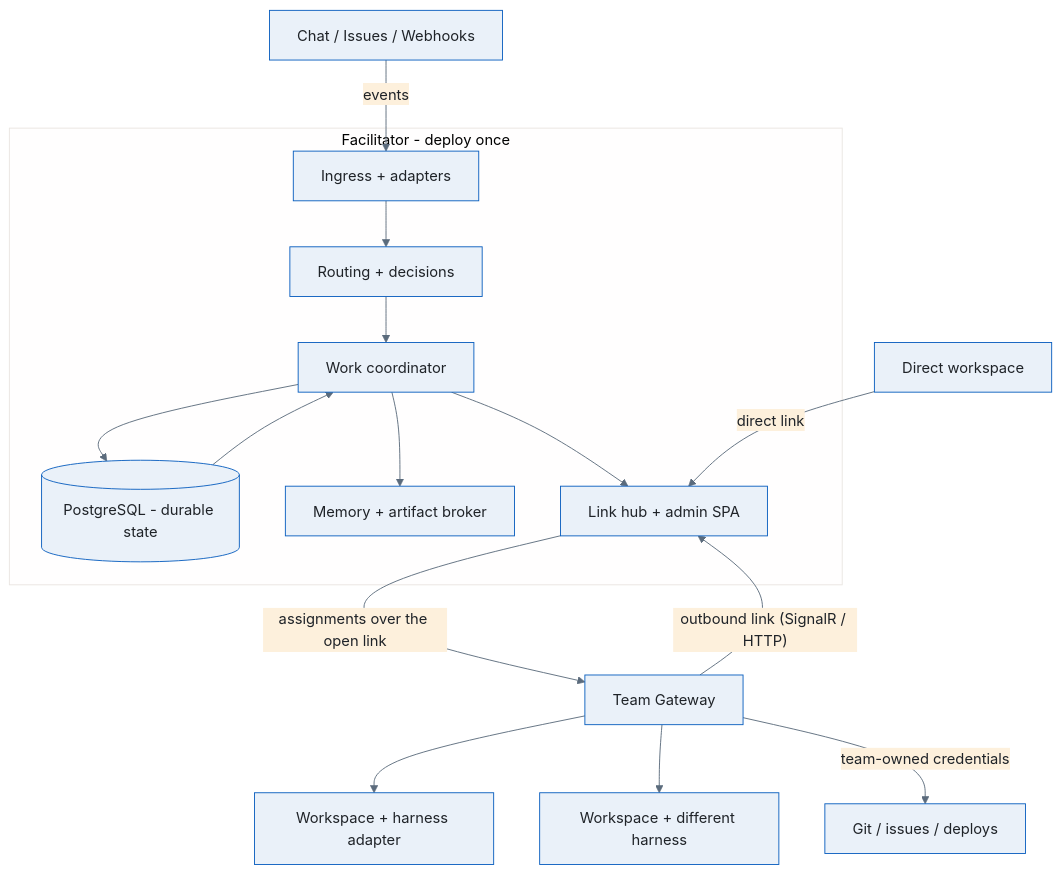
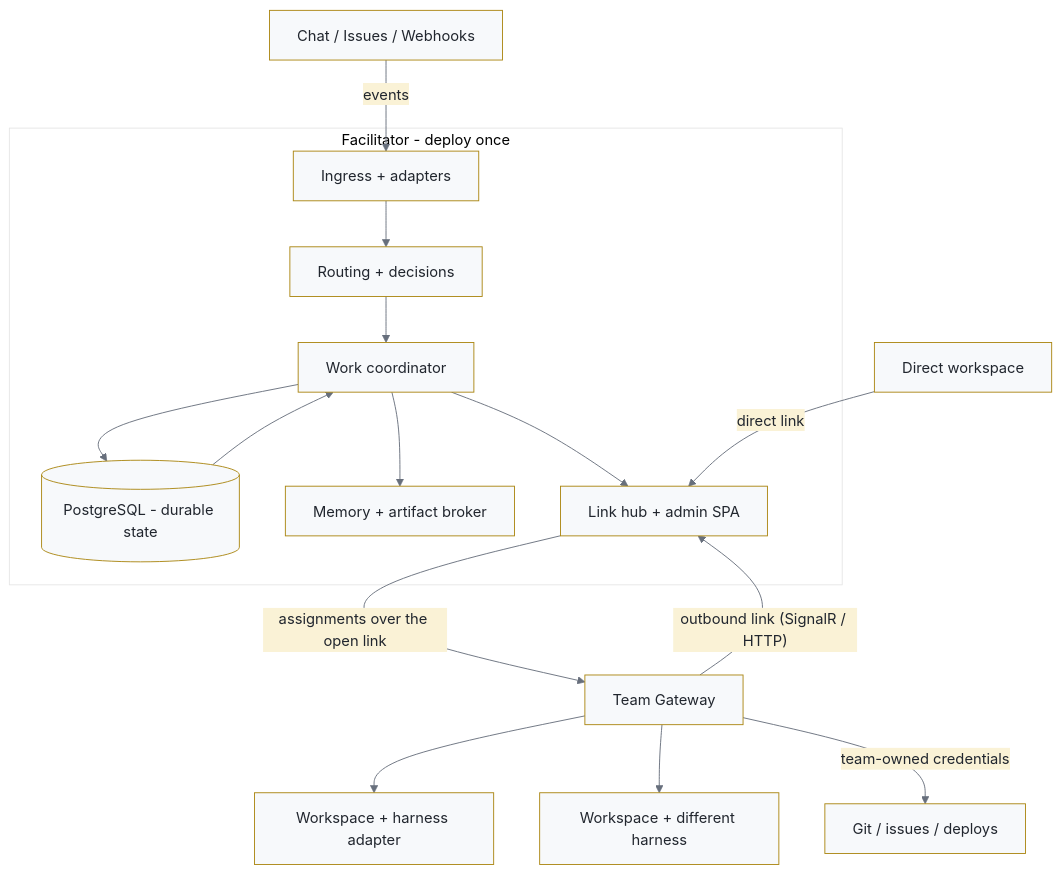
The diagram in README.md (denisekart/open-facilitator), drawn with Mermaid before and after one commit. The commit also changed 13 other files, not shown here.

````diff
--- a/README.md
+++ b/README.md
@@ -47,21 +47,19 @@
 ```mermaid title="One kernel, teams dial out, execution stays team-side"
-%%{init: {"theme": "base", "themeVariables": {"primaryColor": "#EAF1F9",
-"primaryBorderColor": "#0B5FBF", "primaryTextColor": "#1F2328",
-"lineColor": "#5B6B7C", "secondaryColor": "#FDF0DC"}}}%%
+%%{init: {"theme": "base", "themeVariables": {"primaryColor": "#f7f9fb", "primaryBorderColor": "#ab8612", "primaryTextColor": "#21262e", "lineColor": "#676f7c", "secondaryColor": "#faf2d6"}}}%%
 flowchart TB
   CHAT["Chat / Issues / Webhooks"] -->|events| ING
   subgraph FAC["Facilitator - deploy once"]
     ING["Ingress + adapters"] --> ROUTE["Routing + decisions"]
     ROUTE --> WORK["Work coordinator"]
     WORK --> DB[("PostgreSQL - durable state")]
     DB --> WORK
     WORK --> MEM["Memory + artifact broker"]
     WORK --> HUB["Link hub + admin SPA"]
   end
   GW["Team Gateway"] -->|"outbound link (SignalR / HTTP)"| HUB
   W2["Direct workspace"] -->|direct link| HUB
   HUB -->|assignments over the open link| GW
   GW --> W1["Workspace + harness adapter"]
   GW --> W3["Workspace + different harness"]
   GW -->|team-owned credentials| SCM["Git / issues / deploys"]
 ```
````
